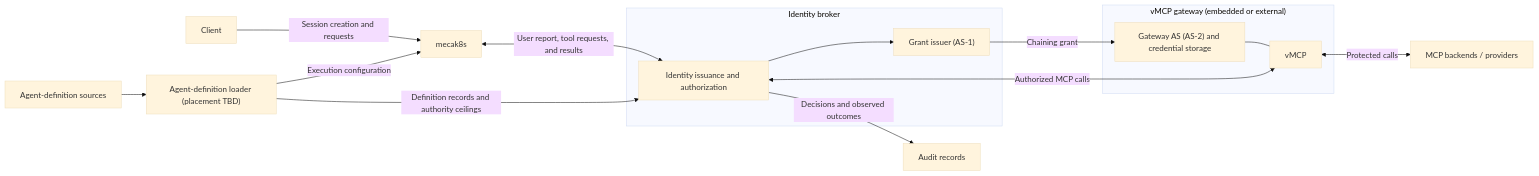
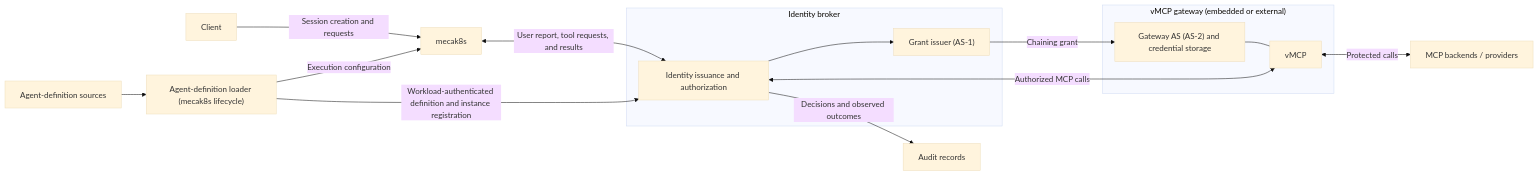
The diagram in docs/drafts/agent-identity/README.md (stacklok/mecatl), drawn with Mermaid (base theme) before and after one commit. The commit also changed other lines of this file and 5 other files, not shown here.

````diff
--- a/docs/drafts/agent-identity/README.md
+++ b/docs/drafts/agent-identity/README.md
@@ -48,22 +48,22 @@
 ```mermaid
 flowchart LR
     U["Client"] -->|"Session creation and requests"| H["mecak8s"]
-    F["Agent-definition sources"] --> R["Agent-definition loader (placement TBD)"]
+    F["Agent-definition sources"] --> R["Agent-definition loader (mecak8s lifecycle)"]
     R -->|"Execution configuration"| H
     subgraph B["Identity broker"]
         I["Identity issuance and authorization"]
         G["Grant issuer (AS-1)"]
         I --> G
     end
     subgraph W["vMCP gateway (embedded or external)"]
         T["Gateway AS (AS-2) and credential storage"]
         V["vMCP"]
         T --- V
     end
-    R -->|"Definition records and authority ceilings"| I
+    R -->|"Workload-authenticated definition and instance registration"| I
     H <-->|"User report, tool requests, and results"| I
     G -->|"Chaining grant"| T
     I <-->|"Authorized MCP calls"| V
     V <-->|"Protected calls"| P["MCP backends / providers"]
     I -->|"Decisions and observed outcomes"| A["Audit records"]
 ```
````
